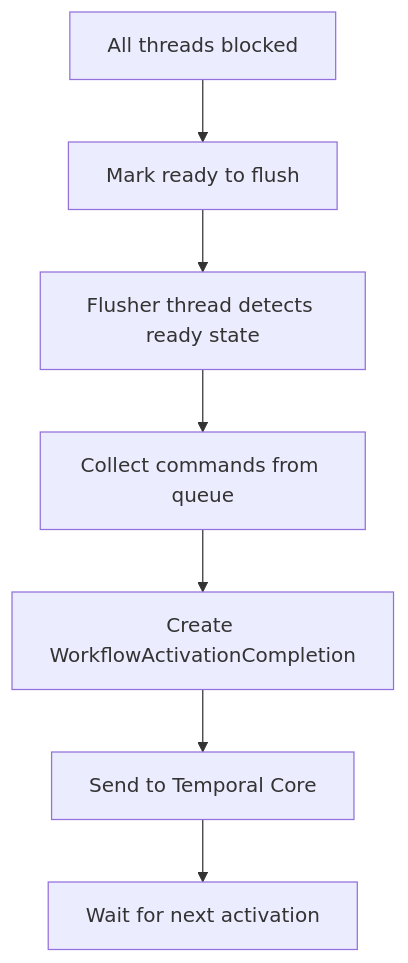
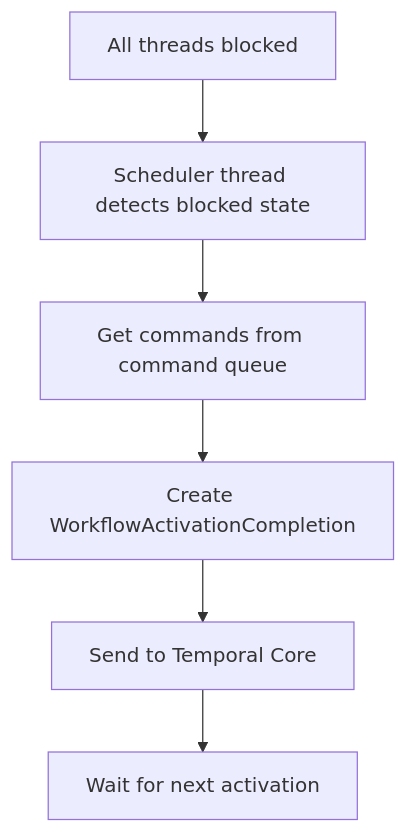
The fourth of 6 diagrams in docs/workflow-stm.md (MercuryTechnologies/hs-temporal-sdk), drawn with Mermaid before and after one commit. The commit also changed other lines of this file and 12 other files, not shown here.

````diff
--- a/docs/workflow-stm.md
+++ b/docs/workflow-stm.md
@@ -188,9 +199,8 @@
 ```mermaid
 flowchart TD
-    A[All threads blocked] --> B[Mark ready to flush]
-    B --> C[Flusher thread detects ready state]
-    C --> D[Collect commands from queue]
-    D --> E[Create WorkflowActivationCompletion]
-    E --> F[Send to Temporal Core]
-    F --> G[Wait for next activation]
+    A[All threads blocked] --> B[Scheduler thread detects blocked state]
+    B --> C[Get commands from command queue]
+    C --> D[Create WorkflowActivationCompletion]
+    D --> E[Send to Temporal Core]
+    E --> F[Wait for next activation]
 ```
````
